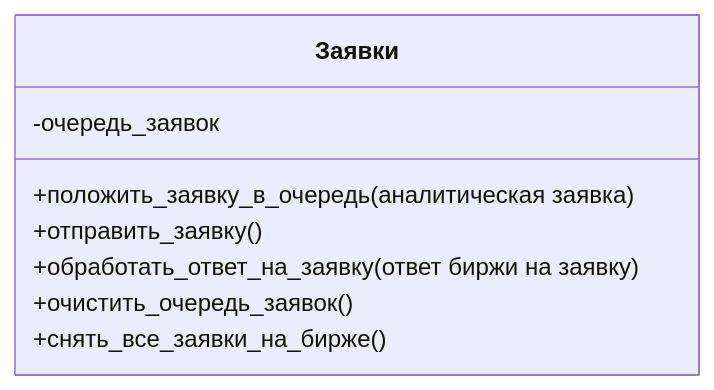
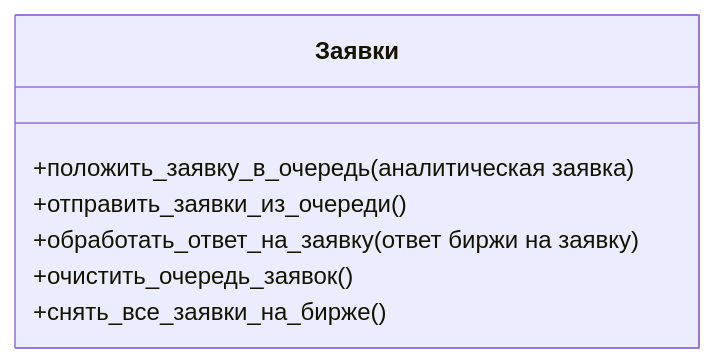
Before and after one commit to Marat22/MiriadRobotDocs: the eighth of 21 diagrams in robot-logic.md, drawn with Mermaid. The commit also changed other lines of this file and 1 other file, not shown here.

````diff
--- a/robot-logic.md
+++ b/robot-logic.md
@@ -194,11 +208,10 @@
 ```mermaid
 classDiagram
   class Заявки{
-    -очередь_заявок
     +положить_заявку_в_очередь(аналитическая заявка)
-    +отправить_заявку()
+    +отправить_заявки_из_очереди()
     +обработать_ответ_на_заявку(ответ биржи на заявку)
     +очистить_очередь_заявок()
     +снять_все_заявки_на_бирже()
   }
 ```
````
